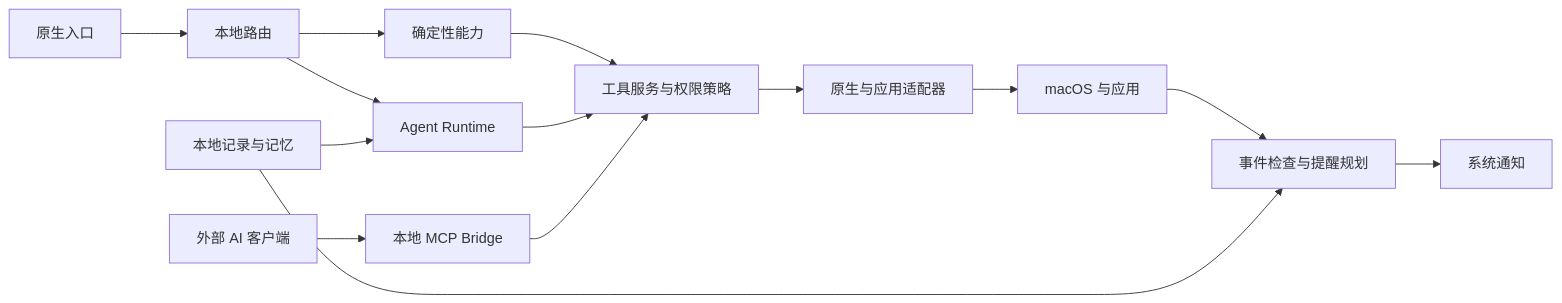
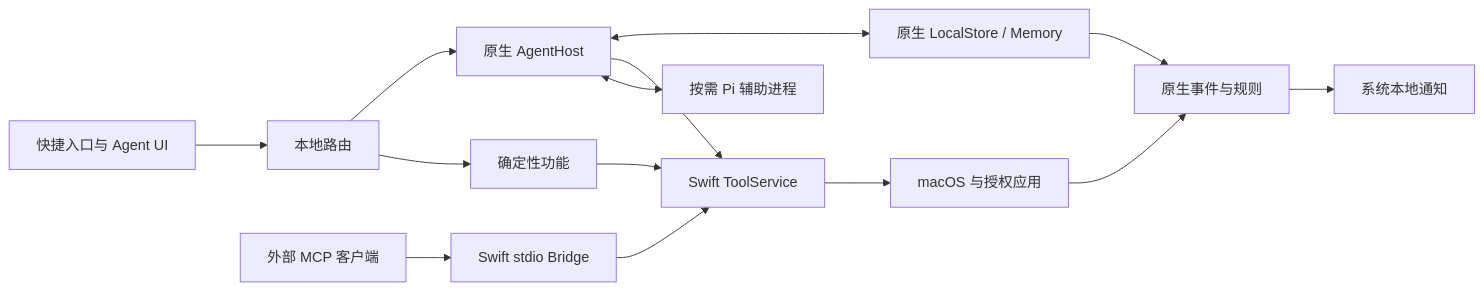
One commit to Left2y/Asky changed the diagram in docs/framework.md. Above: the diagram before and after it, drawn with Mermaid. The commit also changed other lines of this file and 10 other files, not shown here.

````diff
--- a/docs/framework.md
+++ b/docs/framework.md
@@ -38,16 +44,16 @@
 ```mermaid
 flowchart LR
-    UI[原生入口] --> Router[本地路由]
-    Router --> Direct[确定性能力]
-    Router --> Agent[Agent Runtime]
-    Store[本地记录与记忆] --> Agent
-    Direct --> Policy[工具服务与权限策略]
-    Agent --> Policy
-    External[外部 AI 客户端] --> Bridge[本地 MCP Bridge]
-    Bridge --> Policy
-    Policy --> Adapters[原生与应用适配器]
-    Adapters --> Apps[macOS 与应用]
-    Apps --> Scheduler[事件检查与提醒规划]
+    User[快捷入口与 Agent UI] --> Router[本地路由]
+    Router --> Direct[确定性功能]
+    Router --> Host[原生 AgentHost]
+    Host <--> Pi[按需 Pi 辅助进程]
+    Direct --> Tools[Swift ToolService]
+    Host --> Tools
+    External[外部 MCP 客户端] --> Bridge[Swift stdio Bridge]
+    Bridge --> Tools
+    Tools --> Mac[macOS 与授权应用]
+    Host <--> Store[原生 LocalStore / Memory]
+    Mac --> Scheduler[原生事件与规则]
     Store --> Scheduler
-    Scheduler --> Notifications[系统通知]
+    Scheduler --> Notify[系统本地通知]
 ```
````
